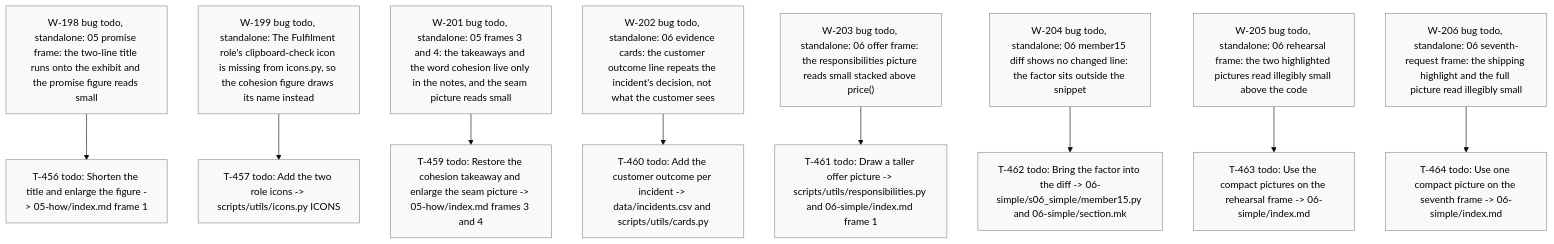
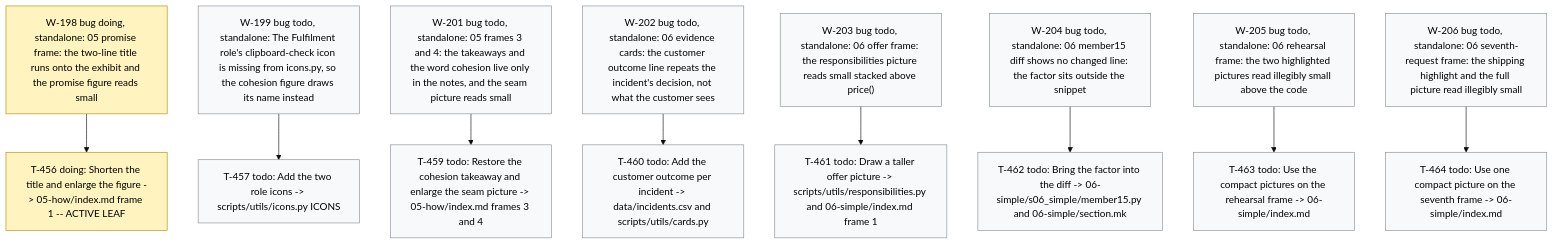
The diagram in .board/BOARD.md (dpopchev/chaos-to-simple), drawn with Mermaid (base theme) before and after one commit. The commit also changed other lines of this file and 2 other files, not shown here.

Commit message:
chore(board): activate W-198, start T-456
Refs: W-198 T-456

````diff
--- a/.board/BOARD.md
+++ b/.board/BOARD.md
@@ -1179,25 +1179,26 @@
 ```mermaid
 flowchart TD
-  W198["W-198 bug todo, standalone: 05 promise frame: the two-line title runs onto the exhibit and the promise figure reads small"]
-  W198 --> T456["T-456 todo: Shorten the title and enlarge the figure -> 05-how/index.md frame 1"]
+  W198["W-198 bug doing, standalone: 05 promise frame: the two-line title runs onto the exhibit and the promise figure reads small"]
+  W198 --> T456["T-456 doing: Shorten the title and enlarge the figure -> 05-how/index.md frame 1 -- ACTIVE LEAF"]
   W199["W-199 bug todo, standalone: The Fulfilment role's clipboard-check icon is missing from icons.py, so the cohesion figure draws its name instead"]
   W199 --> T457["T-457 todo: Add the two role icons -> scripts/utils/icons.py ICONS"]
   W201["W-201 bug todo, standalone: 05 frames 3 and 4: the takeaways and the word cohesion live only in the notes, and the seam picture reads small"]
   W201 --> T459["T-459 todo: Restore the cohesion takeaway and enlarge the seam picture -> 05-how/index.md frames 3 and 4"]
   W202["W-202 bug todo, standalone: 06 evidence cards: the customer outcome line repeats the incident's decision, not what the customer sees"]
   W202 --> T460["T-460 todo: Add the customer outcome per incident -> data/incidents.csv and scripts/utils/cards.py"]
   W203["W-203 bug todo, standalone: 06 offer frame: the responsibilities picture reads small stacked above price()"]
   W203 --> T461["T-461 todo: Draw a taller offer picture -> scripts/utils/responsibilities.py and 06-simple/index.md frame 1"]
   W204["W-204 bug todo, standalone: 06 member15 diff shows no changed line: the factor sits outside the snippet"]
   W204 --> T462["T-462 todo: Bring the factor into the diff -> 06-simple/s06_simple/member15.py and 06-simple/section.mk"]
   W205["W-205 bug todo, standalone: 06 rehearsal frame: the two highlighted pictures read illegibly small above the code"]
   W205 --> T463["T-463 todo: Use the compact pictures on the rehearsal frame -> 06-simple/index.md"]
   W206["W-206 bug todo, standalone: 06 seventh-request frame: the shipping highlight and the full picture read illegibly small"]
   W206 --> T464["T-464 todo: Use one compact picture on the seventh frame -> 06-simple/index.md"]
   classDef doing fill:#fff3bf,stroke:#b58900,color:#000;
   classDef blocked fill:#ffe3e3,stroke:#c92a2a,color:#000;
   classDef done fill:#e6ffed,stroke:#2b8a3e,color:#000;
   classDef todo fill:#f8f9fa,stroke:#868e96,color:#000;
   classDef pruned fill:#f1f3f5,stroke:#adb5bd,color:#000;
-  class W198,T456,W199,T457,W201,T459,W202,T460,W203,T461,W204,T462,W205,T463,W206,T464 todo
+  class W198,T456 doing
+  class W199,T457,W201,T459,W202,T460,W203,T461,W204,T462,W205,T463,W206,T464 todo
 ```
````
